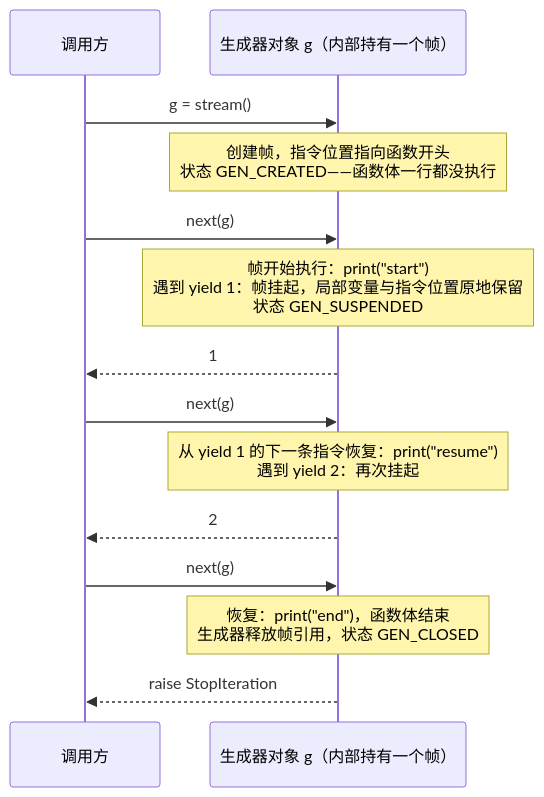
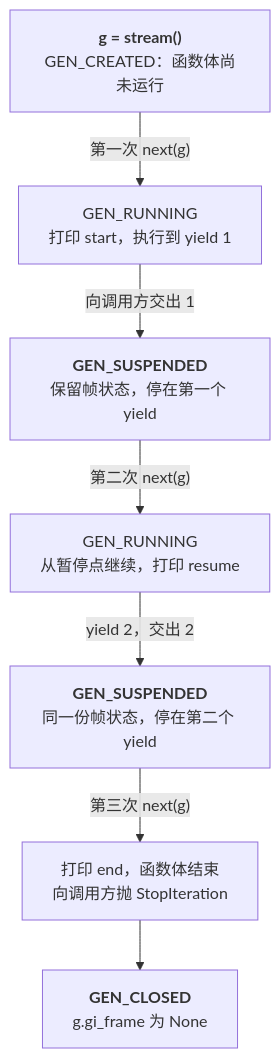
Before and after one commit to arganzheng/arganzheng.github.com: the ninth of 11 diagrams in _posts/2026-01-24-python-object-model-protocols-decorators-and-generators.md, drawn with Mermaid. The commit also changed other lines of this file, not shown here.

First line of the commit message:
Python 01 下：合并属性查找实验并补对象与资源图解

````diff
--- a/_posts/2026-01-24-python-object-model-protocols-decorators-and-generators.md
+++ b/_posts/2026-01-24-python-object-model-protocols-decorators-and-generators.md
@@ -916,17 +975,11 @@
 ```mermaid
-%% 图：生成器的执行时序：帧在 yield 处挂起而不是销毁，next() 再从断点恢复
-sequenceDiagram
-    participant C as 调用方
-    participant G as 生成器对象 g（内部持有一个帧）
-    C->>G: g = stream()
-    Note over G: 创建帧，指令位置指向函数开头<br/>状态 GEN_CREATED——函数体一行都没执行
-    C->>G: next(g)
-    Note over G: 帧开始执行：print("start")<br/>遇到 yield 1：帧挂起，局部变量与指令位置原地保留<br/>状态 GEN_SUSPENDED
-    G-->>C: 1
-    C->>G: next(g)
-    Note over G: 从 yield 1 的下一条指令恢复：print("resume")<br/>遇到 yield 2：再次挂起
-    G-->>C: 2
-    C->>G: next(g)
-    Note over G: 恢复：print("end")，函数体结束<br/>生成器释放帧引用，状态 GEN_CLOSED
-    G-->>C: raise StopIteration
+%% 图：stream 生成器的创建、两次挂起与耗尽
+flowchart TB
+    C["<b>g = stream()</b><br/>GEN_CREATED：函数体尚未运行"]
+    C -- "第一次 next(g)" --> R1["GEN_RUNNING<br/>打印 start，执行到 yield 1"]
+    R1 -- "向调用方交出 1" --> S1["<b>GEN_SUSPENDED</b><br/>保留帧状态，停在第一个 yield"]
+    S1 -- "第二次 next(g)" --> R2["GEN_RUNNING<br/>从暂停点继续，打印 resume"]
+    R2 -- "yield 2，交出 2" --> S2["<b>GEN_SUSPENDED</b><br/>同一份帧状态，停在第二个 yield"]
+    S2 -- "第三次 next(g)" --> END["打印 end，函数体结束<br/>向调用方抛 StopIteration"]
+    END --> CLOSED["<b>GEN_CLOSED</b><br/>g.gi_frame 为 None"]
 ```
````
